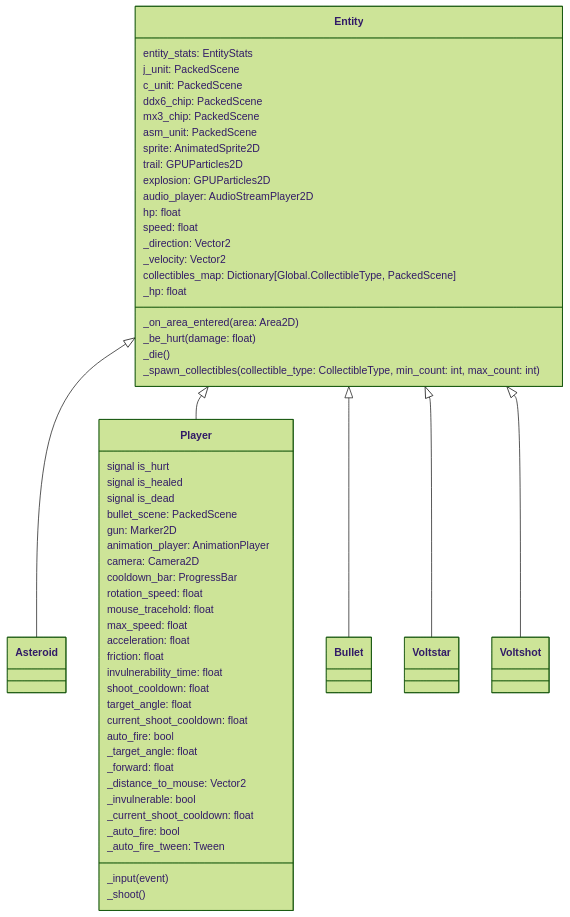
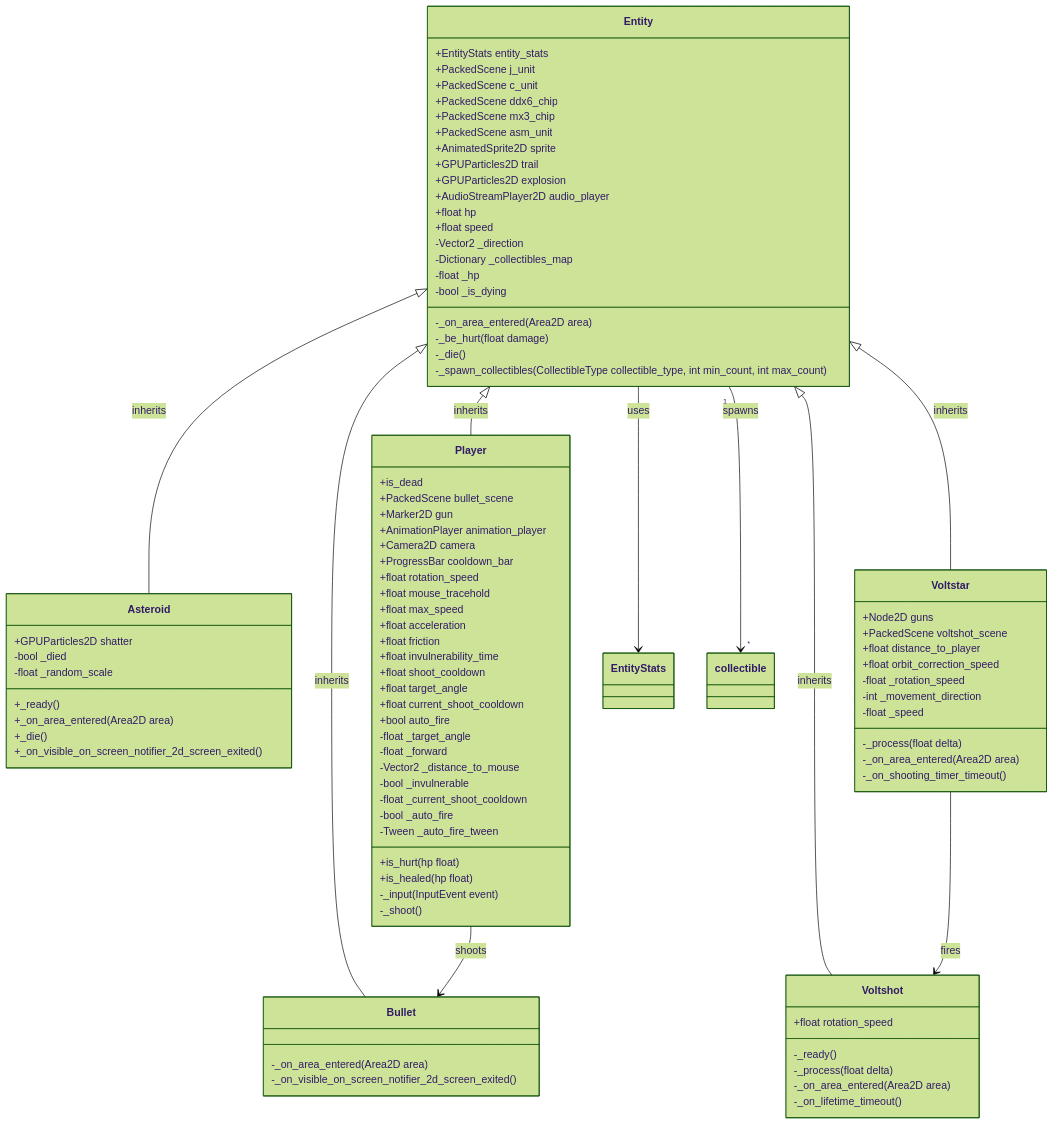
The first of 3 diagrams in docs/classes.md (safwan-ds/AstroDodge), drawn with Mermaid (forest theme) before and after one commit. The commit also changed other lines of this file and 93 other files, not shown here.

````diff
--- a/docs/classes.md
+++ b/docs/classes.md
@@ -7,79 +7,96 @@
 ```mermaid
 classDiagram
-    Entity <|-- Asteroid
-    Entity <|-- Player
-    Entity <|-- Bullet
-    Entity <|-- Voltstar
-    Entity <|-- Voltshot
+    Entity <|-- Asteroid : inherits
+    Entity <|-- Player : inherits
+    Entity <|-- Bullet : inherits
+    Entity <|-- Voltstar : inherits
+    Entity <|-- Voltshot : inherits
+    Entity --> EntityStats : uses
+    Player --> Bullet : shoots
+    Voltstar --> Voltshot : fires
+    Entity "1" --> "*" collectible : spawns
+
     class Entity{
-        entity_stats: EntityStats
-
-        j_unit: PackedScene
-        c_unit: PackedScene
-        ddx6_chip: PackedScene
-        mx3_chip: PackedScene
-        asm_unit: PackedScene
-
-        sprite: AnimatedSprite2D
-        trail: GPUParticles2D
-        explosion: GPUParticles2D
-        audio_player: AudioStreamPlayer2D
-
-        hp: float
-        speed: float
-
-        _direction: Vector2
-        _velocity: Vector2
-        collectibles_map: Dictionary[Global.CollectibleType, PackedScene]
-        _hp: float
-
-        _on_area_entered(area: Area2D)
-        _be_hurt(damage: float)
-        _die()
-        _spawn_collectibles(collectible_type: CollectibleType, min_count: int, max_count: int)
+        +EntityStats entity_stats
+        +PackedScene j_unit
+        +PackedScene c_unit
+        +PackedScene ddx6_chip
+        +PackedScene mx3_chip
+        +PackedScene asm_unit
+        +AnimatedSprite2D sprite
+        +GPUParticles2D trail
+        +GPUParticles2D explosion
+        +AudioStreamPlayer2D audio_player
+        +float hp
+        +float speed
+        -Vector2 _direction
+        -Dictionary _collectibles_map
+        -float _hp
+        -bool _is_dying
+        -_on_area_entered(Area2D area)
+        -_be_hurt(float damage)
+        -_die()
+        -_spawn_collectibles(CollectibleType collectible_type, int min_count, int max_count)
     }
     class Player{
-        signal is_hurt
-        signal is_healed
-        signal is_dead
-
-        bullet_scene: PackedScene
-        gun: Marker2D
-        animation_player: AnimationPlayer
-        camera: Camera2D
-        cooldown_bar: ProgressBar
-
-        rotation_speed: float
-        mouse_tracehold: float
-        max_speed: float
-        acceleration: float
-        friction: float
-
-        invulnerability_time: float
-        shoot_cooldown: float
-
-        target_angle: float
-        current_shoot_cooldown: float
-        auto_fire: bool
-
-        _target_angle: float
-        _forward: float
-        _distance_to_mouse: Vector2
-        _invulnerable: bool
-        _current_shoot_cooldown: float
-        _auto_fire: bool
-        _auto_fire_tween: Tween
-
-        _input(event)
-        _shoot()
+        +is_hurt(hp float)
+        +is_healed(hp float)
+        +is_dead
+        +PackedScene bullet_scene
+        +Marker2D gun
+        +AnimationPlayer animation_player
+        +Camera2D camera
+        +ProgressBar cooldown_bar
+        +float rotation_speed
+        +float mouse_tracehold
+        +float max_speed
+        +float acceleration
+        +float friction
+        +float invulnerability_time
+        +float shoot_cooldown
+        +float target_angle
+        +float current_shoot_cooldown
+        +bool auto_fire
+        -float _target_angle
+        -float _forward
+        -Vector2 _distance_to_mouse
+        -bool _invulnerable
+        -float _current_shoot_cooldown
+        -bool _auto_fire
+        -Tween _auto_fire_tween
+        -_input(InputEvent event)
+        -_shoot()
     }
     class Asteroid{
-
+        +GPUParticles2D shatter
+        -bool _died
+        -float _random_scale
+        +_ready()
+        +_on_area_entered(Area2D area)
+        +_die()
+        +_on_visible_on_screen_notifier_2d_screen_exited()
     }
     class Bullet{
-
+        -_on_area_entered(Area2D area)
+        -_on_visible_on_screen_notifier_2d_screen_exited()
     }
     class Voltstar{
-
+        +Node2D guns
+        +PackedScene voltshot_scene
+        +float distance_to_player
+        +float orbit_correction_speed
+        -float _rotation_speed
+        -int _movement_direction
+        -float _speed
+        -_process(float delta)
+        -_on_area_entered(Area2D area)
+        -_on_shooting_timer_timeout()
+    }
+    class Voltshot{
+        +float rotation_speed
+        -_ready()
+        -_process(float delta)
+        -_on_area_entered(Area2D area)
+        -_on_lifetime_timeout()
     }
 ```
````
